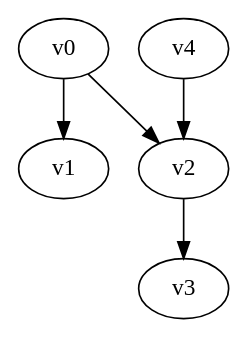
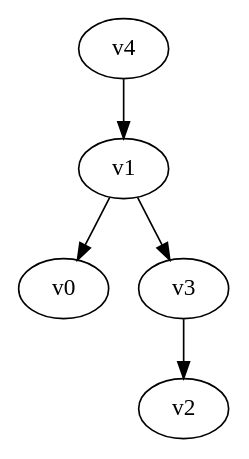
One commit to yadej/graph_project changed the diagram in digraph.dot. Above: the diagram before and after it, drawn with Graphviz. The commit also changed 4 other files, not shown here.

```diff
--- a/digraph.dot
+++ b/digraph.dot
@@ -1,5 +1,5 @@
 digraph G { 
-v0 -> v1;
-v0 -> v2 -> v3;
-v4 -> v2;
+v1 -> v0;
+v1 -> v3 -> v2;
+v4 -> v1;
 }
```
